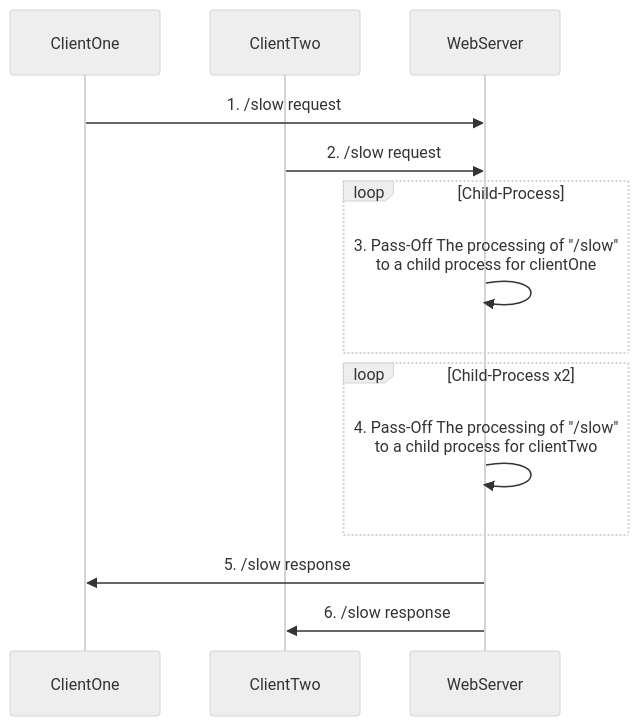
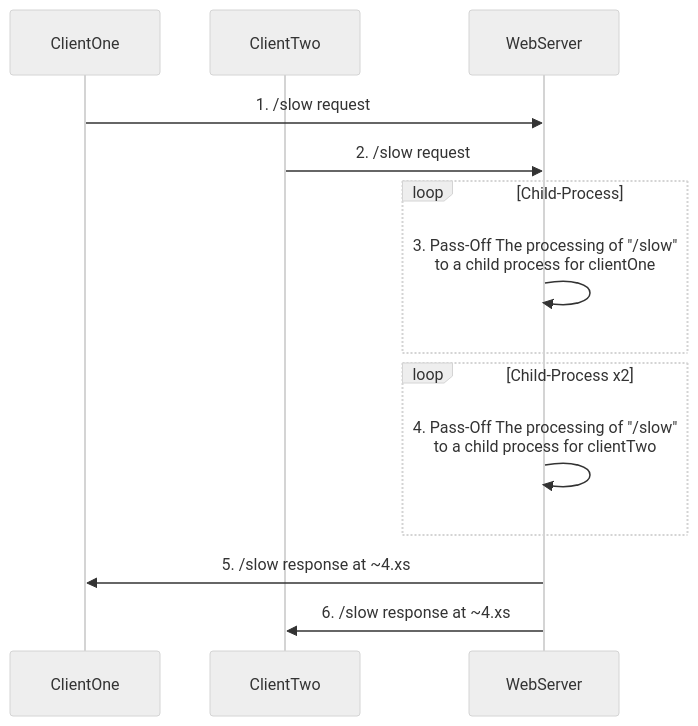
The second of 2 diagrams in content/node/http-server/event-loop-and-servers.md (imagineLife/big-site), drawn with Mermaid (neutral theme) before and after one commit. The commit also changed other lines of this file and 5 other files, not shown here.

````diff
--- a/content/node/http-server/event-loop-and-servers.md
+++ b/content/node/http-server/event-loop-and-servers.md
@@ -111,16 +121,16 @@
 ```mermaid
   sequenceDiagram
     participant ClientOne
     participant ClientTwo
     participant WebServer
     ClientOne->>WebServer: 1. /slow request
     ClientTwo->>WebServer: 2. /slow request
     loop Child-Process
       WebServer->>WebServer: 3. Pass-Off The processing of "/slow" <br /> to a child process for clientOne
     end
     loop Child-Process x2
       WebServer->>WebServer: 4. Pass-Off The processing of "/slow" <br /> to a child process for clientTwo
     end
-    WebServer->>ClientOne: 5. /slow response
-    WebServer->>ClientTwo: 6. /slow response
+    WebServer->>ClientOne: 5. /slow response at ~4.xs
+    WebServer->>ClientTwo: 6. /slow response  at ~4.xs
 ```
````
